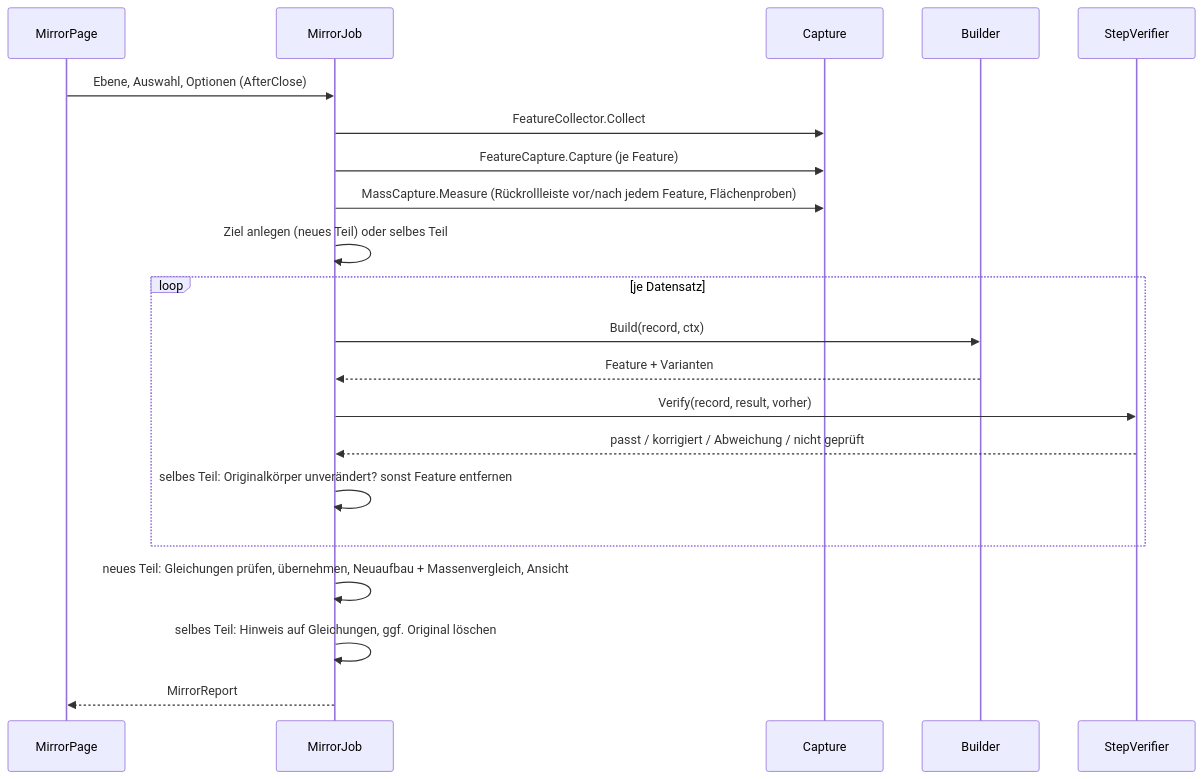
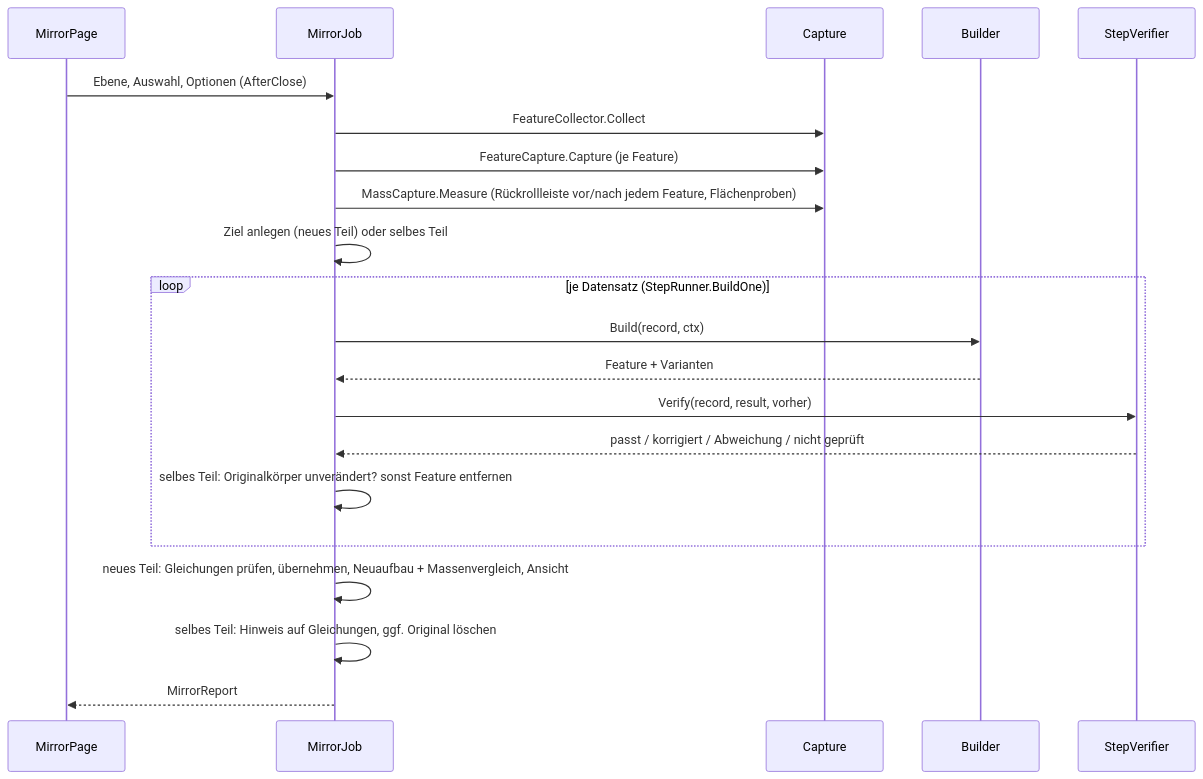
One commit to VanillaIce1983/Claude changed the second of 2 diagrams in spiegelwerk/docs/ARCHITEKTUR.md. Above: the diagram before and after it, drawn with Mermaid. The commit also changed other lines of this file and 31 other files, not shown here.

````diff
--- a/spiegelwerk/docs/ARCHITEKTUR.md
+++ b/spiegelwerk/docs/ARCHITEKTUR.md
@@ -93,23 +95,23 @@
 ```mermaid
 sequenceDiagram
     participant UI as MirrorPage
     participant Job as MirrorJob
     participant Cap as Capture
     participant B as Builder
     participant V as StepVerifier
     UI->>Job: Ebene, Auswahl, Optionen (AfterClose)
     Job->>Cap: FeatureCollector.Collect
     Job->>Cap: FeatureCapture.Capture (je Feature)
     Job->>Cap: MassCapture.Measure (Rückrollleiste vor/nach jedem Feature, Flächenproben)
     Job->>Job: Ziel anlegen (neues Teil) oder selbes Teil
-    loop je Datensatz
+    loop je Datensatz (StepRunner.BuildOne)
         Job->>B: Build(record, ctx)
         B-->>Job: Feature + Varianten
         Job->>V: Verify(record, result, vorher)
         V-->>Job: passt / korrigiert / Abweichung / nicht geprüft
         Job->>Job: selbes Teil: Originalkörper unverändert? sonst Feature entfernen
     end
     Job->>Job: neues Teil: Gleichungen prüfen, übernehmen, Neuaufbau + Massenvergleich, Ansicht
     Job->>Job: selbes Teil: Hinweis auf Gleichungen, ggf. Original löschen
     Job-->>UI: MirrorReport
 ```
````
